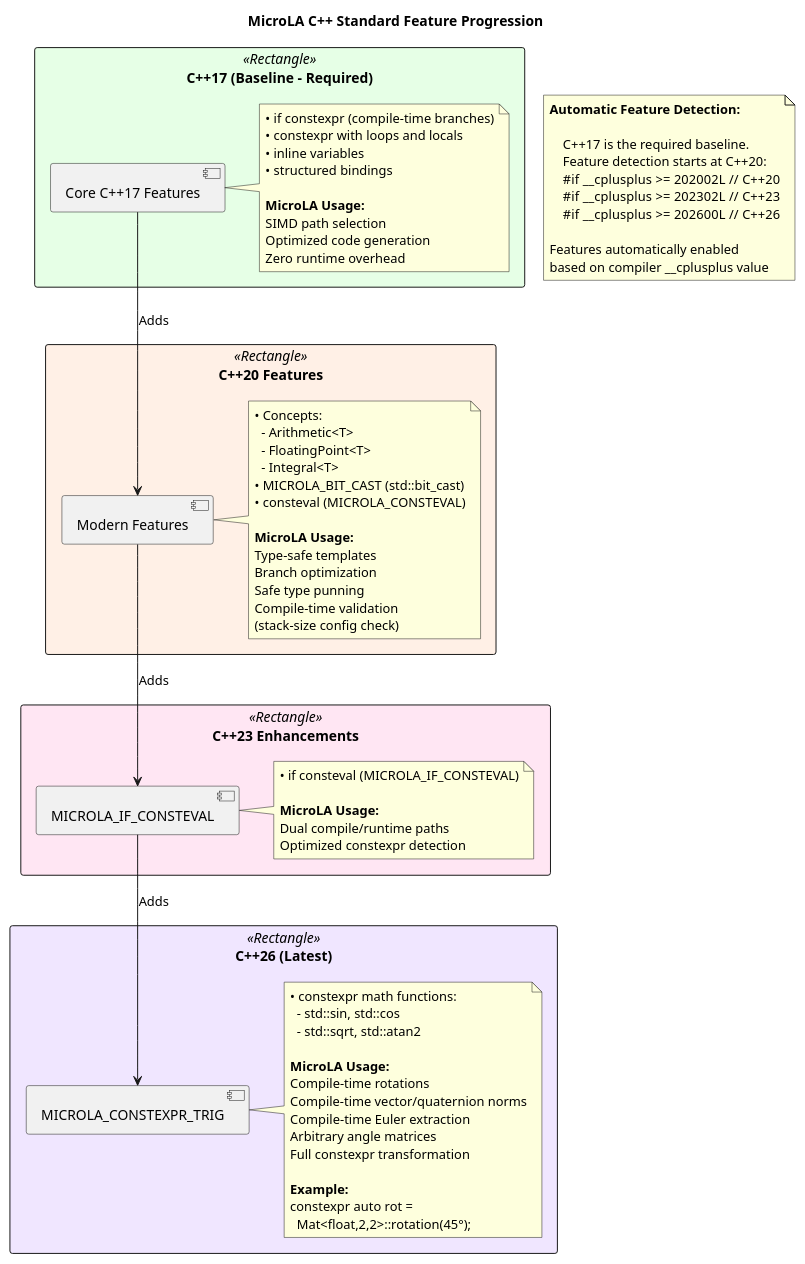
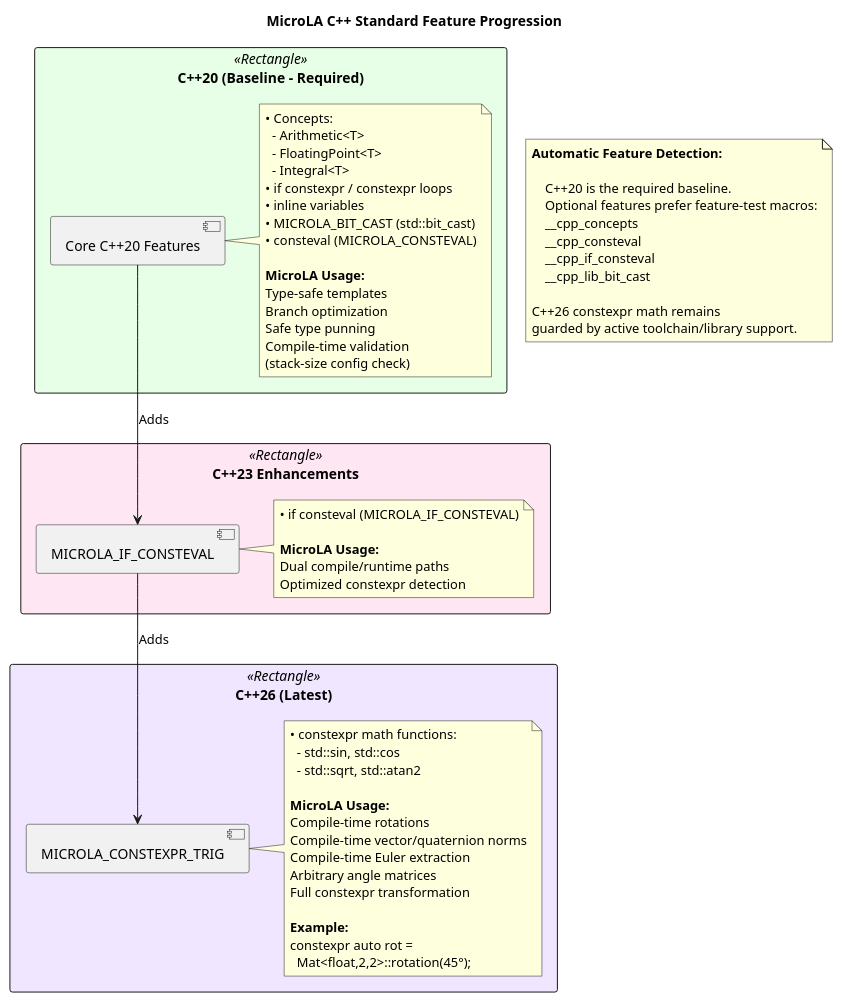
The diagram in design/cpp_standard_features.puml (jwbmwv/microLA), drawn with PlantUML before and after one commit. The commit also changed 76 other files, not shown here.

```diff
--- a/design/cpp_standard_features.puml
+++ b/design/cpp_standard_features.puml
@@ -1,88 +1,75 @@
 @startuml cpp_standard_features
 title MicroLA C++ Standard Feature Progression
 
 skinparam packageStyle rectangle
 
-package "C++17 (Baseline - Required)" <<Rectangle>> #E6FFE6 {
-    component "Core C++17 Features" as cpp17
-    note right of cpp17
-        • if constexpr (compile-time branches)
-        • constexpr with loops and locals
-        • inline variables
-        • structured bindings
-
-        **MicroLA Usage:**
-        SIMD path selection
-        Optimized code generation
-        Zero runtime overhead
-    end note
-}
-
-package "C++20 Features" <<Rectangle>> #FFF0E6 {
-    component "Modern Features" as cpp20
+package "C++20 (Baseline - Required)" <<Rectangle>> #E6FFE6 {
+    component "Core C++20 Features" as cpp20
     note right of cpp20
         • Concepts:
           - Arithmetic<T>
           - FloatingPoint<T>
           - Integral<T>
+        • if constexpr / constexpr loops
+        • inline variables
         • MICROLA_BIT_CAST (std::bit_cast)
         • consteval (MICROLA_CONSTEVAL)
 
         **MicroLA Usage:**
         Type-safe templates
         Branch optimization
         Safe type punning
         Compile-time validation
         (stack-size config check)
     end note
 }
 
 package "C++23 Enhancements" <<Rectangle>> #FFE6F3 {
     component "MICROLA_IF_CONSTEVAL" as cpp23
     note right of cpp23
         • if consteval (MICROLA_IF_CONSTEVAL)
 
         **MicroLA Usage:**
         Dual compile/runtime paths
         Optimized constexpr detection
     end note
 }
 
 package "C++26 (Latest)" <<Rectangle>> #F0E6FF {
     component "MICROLA_CONSTEXPR_TRIG" as cpp26
     note right of cpp26
         • constexpr math functions:
           - std::sin, std::cos
           - std::sqrt, std::atan2
 
         **MicroLA Usage:**
         Compile-time rotations
         Compile-time vector/quaternion norms
         Compile-time Euler extraction
         Arbitrary angle matrices
         Full constexpr transformation
 
         **Example:**
         constexpr auto rot =
           Mat<float,2,2>::rotation(45°);
     end note
 }
 
-cpp17 -down-> cpp20 : Adds
 cpp20 -down-> cpp23 : Adds
 cpp23 -down-> cpp26 : Adds
 
 note as FeatureDetection
     **Automatic Feature Detection:**
 
-        C++17 is the required baseline.
-        Feature detection starts at C++20:
-        #if __cplusplus >= 202002L  // C++20
-        #if __cplusplus >= 202302L  // C++23
-        #if __cplusplus >= 202600L  // C++26
+        C++20 is the required baseline.
+        Optional features prefer feature-test macros:
+        __cpp_concepts
+        __cpp_consteval
+        __cpp_if_consteval
+        __cpp_lib_bit_cast
 
-    Features automatically enabled
-    based on compiler __cplusplus value
+    C++26 constexpr math remains
+    guarded by active toolchain/library support.
 end note
 
 @enduml
```
